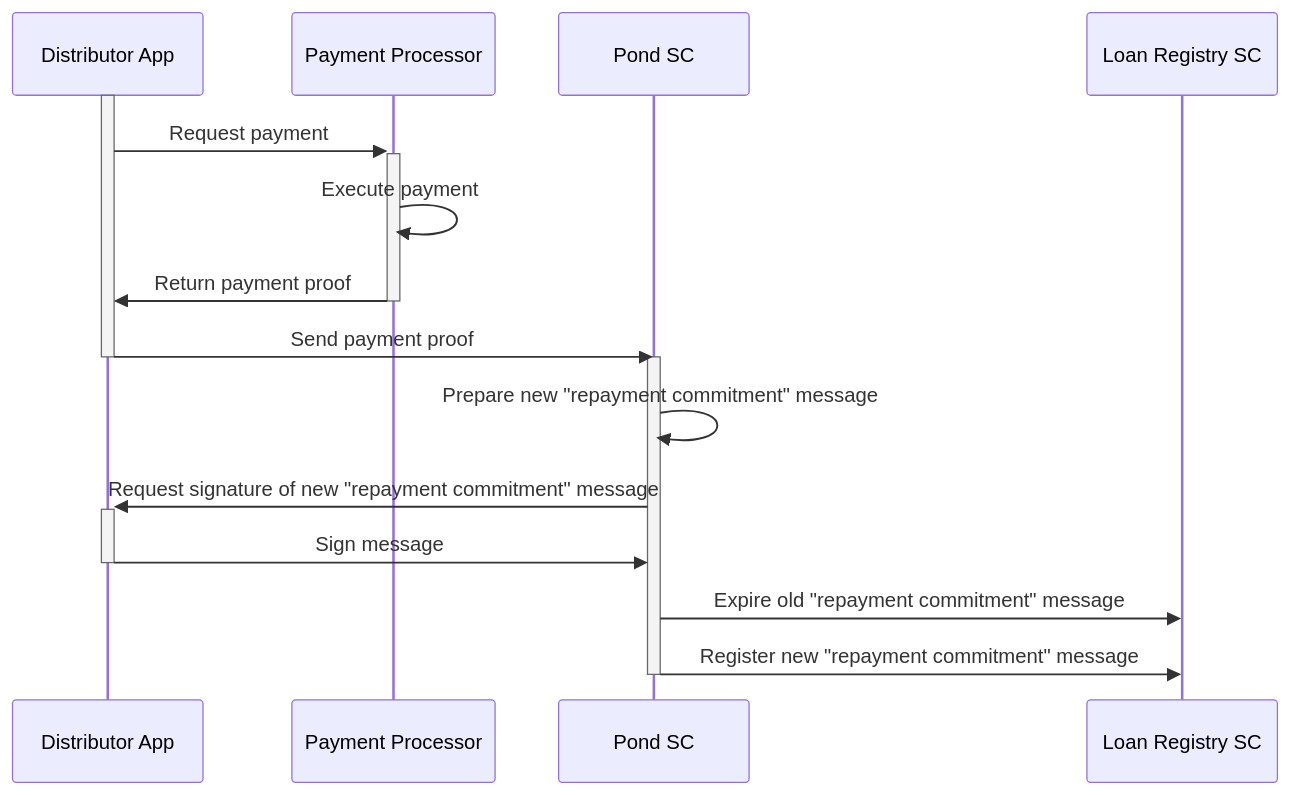
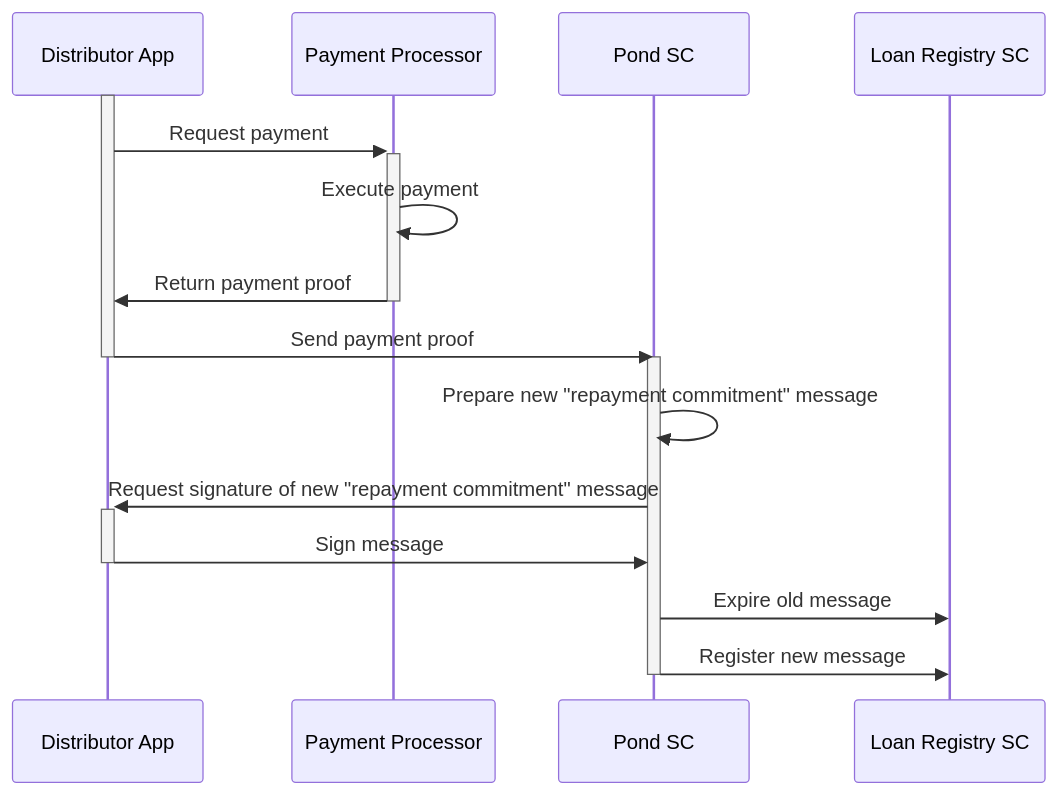
The second of 2 diagrams in flows/C-Risk-Mgmt-5-Loan-Repayment.md (growr-xyz/growr-documentation), drawn with Mermaid before and after one commit. The commit also changed 10 other files, not shown here.

````diff
--- a/flows/C-Risk-Mgmt-5-Loan-Repayment.md
+++ b/flows/C-Risk-Mgmt-5-Loan-Repayment.md
@@ -38,20 +38,20 @@
 ```mermaid
 sequenceDiagram
     participant Distributor App
     participant Payment Processor
     participant Pond SC
     participant Loan Registry SC
     activate Distributor App
     Distributor App->>+Payment Processor: Request payment
     Payment Processor->>Payment Processor: Execute payment
     Payment Processor->>-Distributor App: Return payment proof
     Distributor App->>Pond SC: Send payment proof
     deactivate Distributor App
     activate Pond SC
     Pond SC->>Pond SC: Prepare new "repayment commitment" message
     Pond SC->>+Distributor App: Request signature of new "repayment commitment" message
     Distributor App->>-Pond SC: Sign message
-    Pond SC->>Loan Registry SC: Expire old "repayment commitment" message
-    Pond SC->>Loan Registry SC: Register new "repayment commitment" message
+    Pond SC->>Loan Registry SC: Expire old message
+    Pond SC->>Loan Registry SC: Register new message
     deactivate Pond SC
 ```
````
